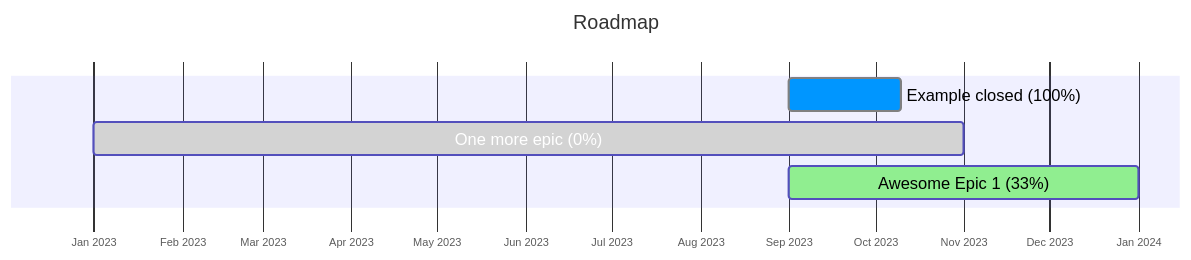
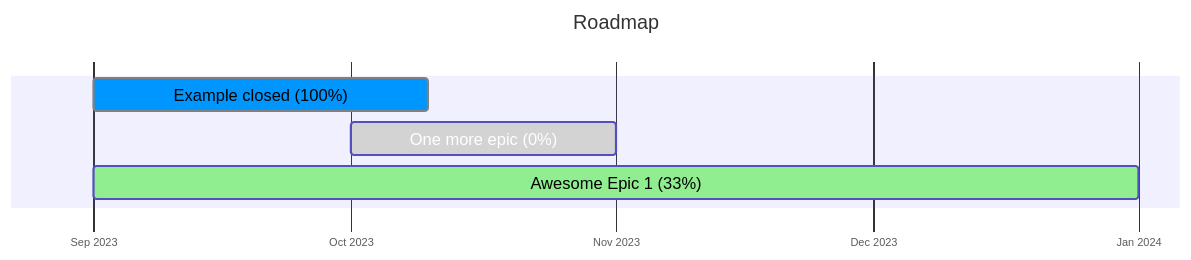
The diagram in README.md (slamdev/sample-repo), drawn with Mermaid before and after one commit.

````diff
--- a/README.md
+++ b/README.md
@@ -4,27 +4,27 @@
 ```mermaid
 %%{
   init: {
     'gantt': {
      'fontSize': 15,
      'barHeight': 30,
      'barGap': 10,
      'topPadding': 70,
      'gridLineStartPadding': 35,
      'topAxis': false
     },
     'themeVariables': {
       'activeTaskBkgColor': '#90EE90',
       'doneTaskBkgColor': '#0096FF',
       'taskBkgColor': '#D3D3D3'
     }
   }
 }%%
 gantt
     title Roadmap
     dateFormat YYYY-MM-DD
     tickInterval 1month
     axisFormat %b %Y
     Example closed (100%) :done, 2023-09-01, 2023-10-10
-    One more epic (0%) : 2023-01-01, 2023-11-01
+    One more epic (0%) : 2023-10-01, 2023-11-01
     Awesome Epic 1 (33%) :active, 2023-09-01, 2024-01-01
 ```
````
